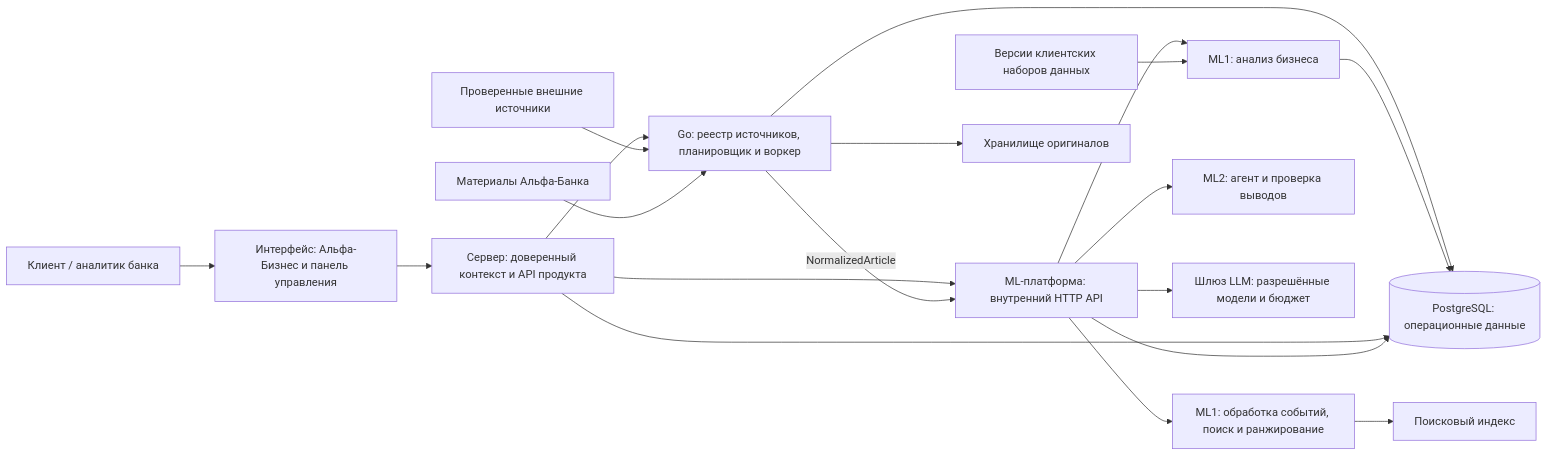
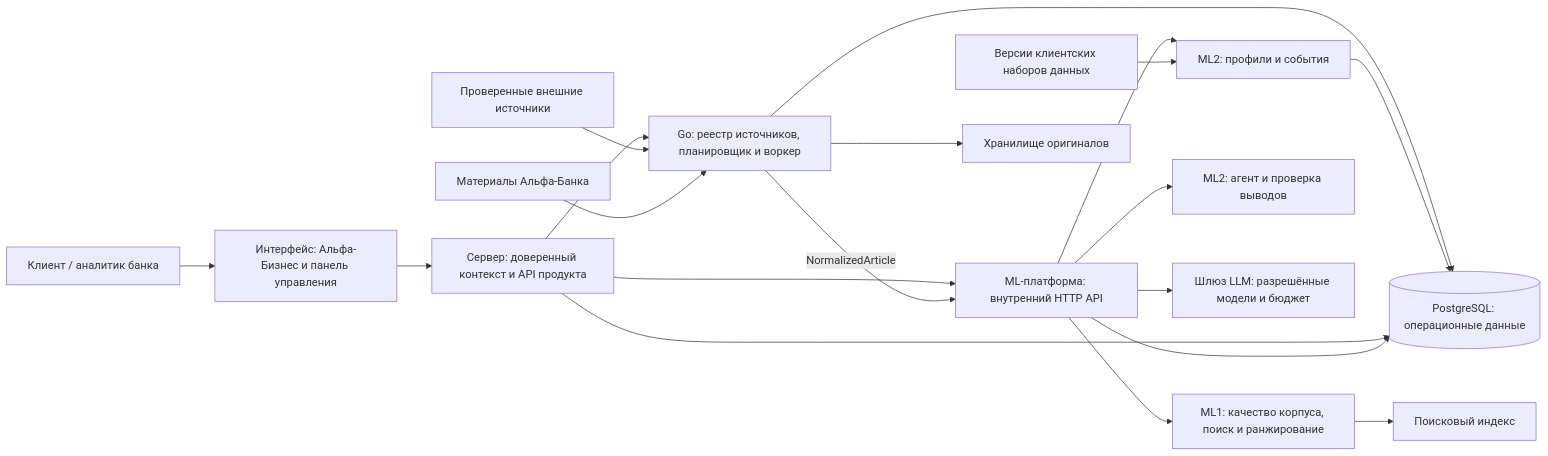
One commit to alfa-hackaton-team/burmalda changed the diagram in docs/architecture/architecture.md. Above: the diagram before and after it, drawn with Mermaid. The commit also changed other lines of this file and 45 other files, not shown here.

````diff
--- a/docs/architecture/architecture.md
+++ b/docs/architecture/architecture.md
@@ -11,21 +11,21 @@
 ```mermaid
 flowchart LR
   U[Клиент / аналитик банка] --> F[Интерфейс: Альфа-Бизнес и панель управления]
   F --> B[Сервер: доверенный контекст и API продукта]
   B --> M[ML-платформа: внутренний HTTP API]
-  M --> C[ML1: анализ бизнеса]
-  M --> R[ML1: обработка событий, поиск и ранжирование]
+  M --> C[ML2: профили и события]
+  M --> R[ML1: качество корпуса, поиск и ранжирование]
   M --> A[ML2: агент и проверка выводов]
   B --> I[Go: реестр источников, планировщик и воркер]
   I -->|NormalizedArticle| M
   I --> P
   X[Проверенные внешние источники] --> I
   L[Материалы Альфа-Банка] --> I
   D[Версии клиентских наборов данных] --> C
   C --> P[(PostgreSQL: операционные данные)]
   B --> P
   M --> P
   I --> W[Хранилище оригиналов]
   M --> G[Шлюз LLM: разрешённые модели и бюджет]
   R --> V[Поисковый индекс]
 ```
````
